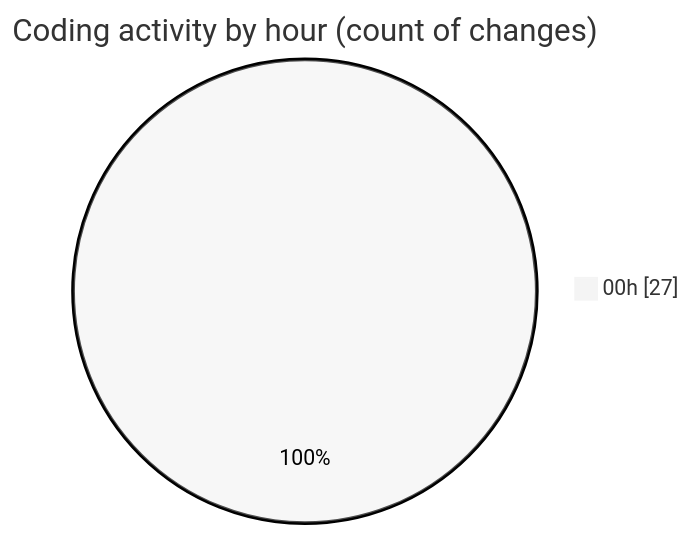
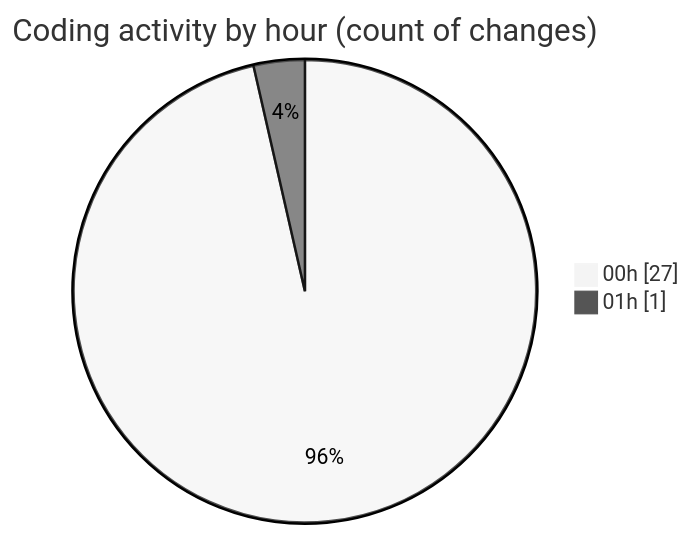
One commit to donsfak/code-tracking changed the second of 2 diagrams in 2025-01-24/trackers_app/README.md. Above: the diagram before and after it, drawn with Mermaid (neutral theme). The commit also changed other lines of this file and 1 other file, not shown here.

````diff
--- a/2025-01-24/trackers_app/README.md
+++ b/2025-01-24/trackers_app/README.md
@@ -30,5 +30,6 @@
 ```mermaid
 pie showData
 title Coding activity by hour (count of changes)
 "00h" : 27
+"01h" : 1
 ```
````
